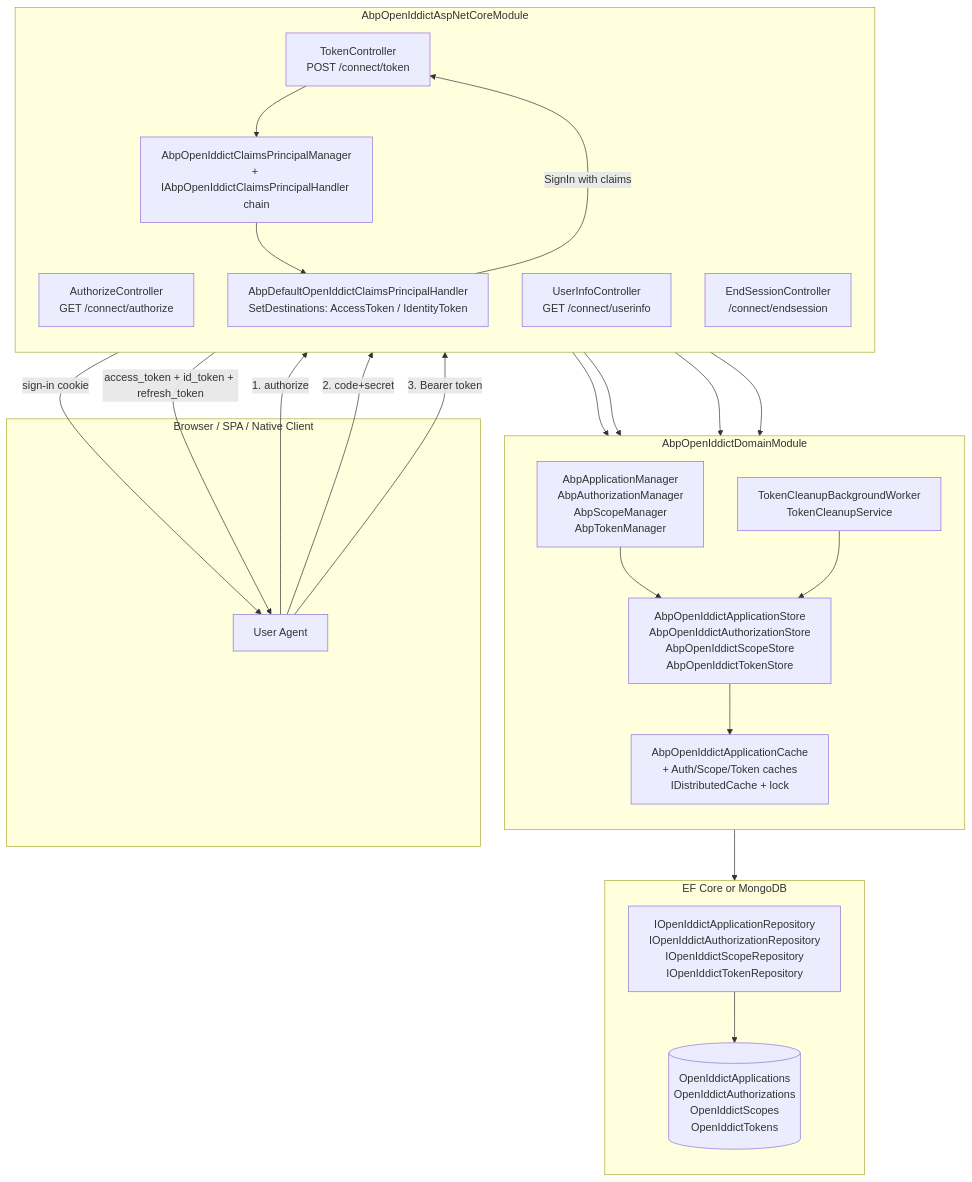
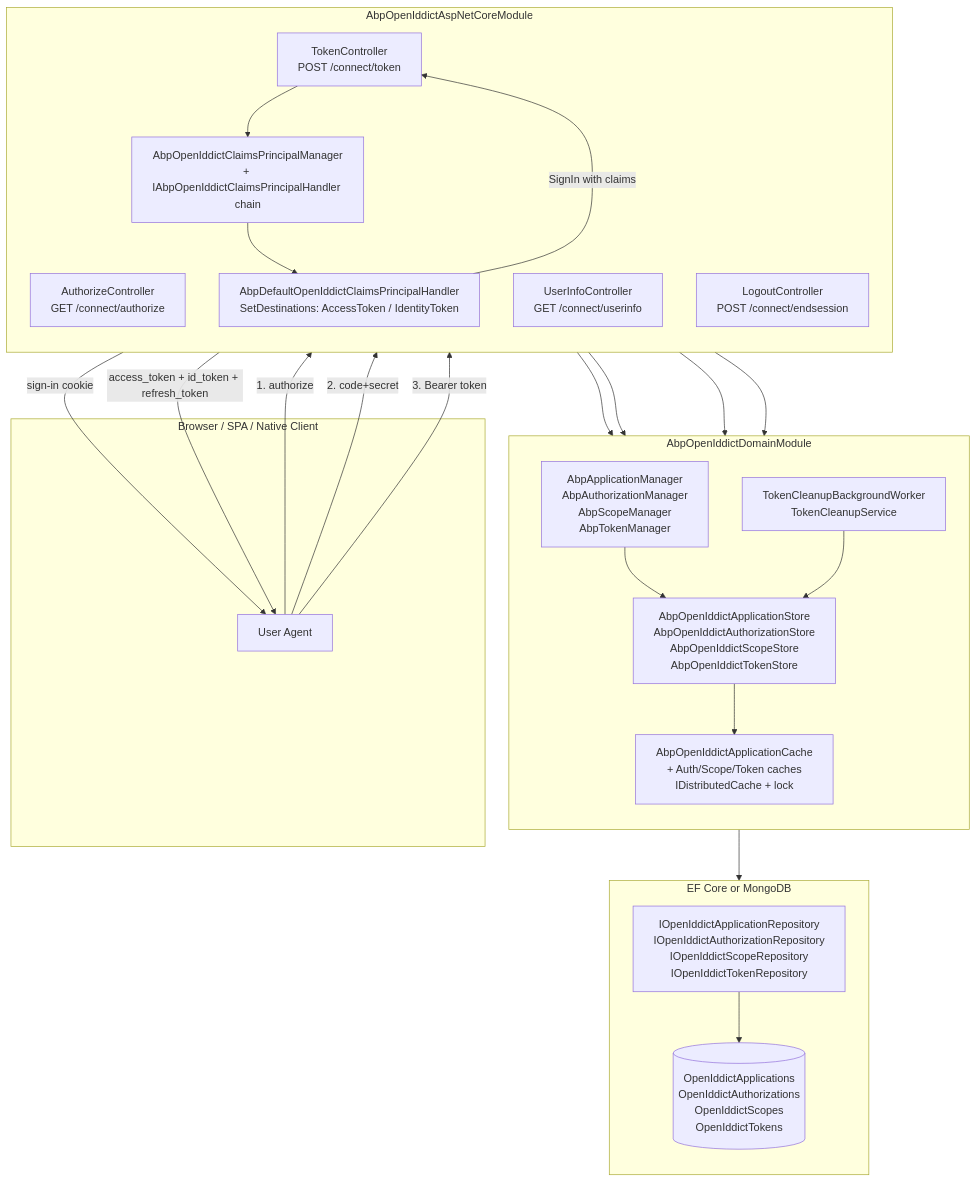
One commit to mintlify-atlas/docs-wiki-0eeeba91 changed the diagram in modules/openiddict/overview.mdx. Above: the diagram before and after it, drawn with Mermaid. The commit also changed other lines of this file and 89 other files, not shown here.

````diff
--- a/modules/openiddict/overview.mdx
+++ b/modules/openiddict/overview.mdx
@@ -31,49 +31,49 @@
 ```mermaid
 flowchart TB
     subgraph Client["Browser / SPA / Native Client"]
         UA[User Agent]
     end
 
     subgraph AspNet["AbpOpenIddictAspNetCoreModule"]
         direction TB
         AUTH[AuthorizeController<br/>GET /connect/authorize]
         TOK[TokenController<br/>POST /connect/token]
         UI[UserInfoController<br/>GET /connect/userinfo]
-        END[EndSessionController<br/>/connect/endsession]
+        ENDS[LogoutController<br/>POST /connect/endsession]
         CP[AbpOpenIddictClaimsPrincipalManager<br/>+ IAbpOpenIddictClaimsPrincipalHandler chain]
         DEST[AbpDefaultOpenIddictClaimsPrincipalHandler<br/>SetDestinations: AccessToken / IdentityToken]
     end
 
     subgraph Domain["AbpOpenIddictDomainModule"]
         direction TB
         MGR[AbpApplicationManager<br/>AbpAuthorizationManager<br/>AbpScopeManager<br/>AbpTokenManager]
         STO[AbpOpenIddictApplicationStore<br/>AbpOpenIddictAuthorizationStore<br/>AbpOpenIddictScopeStore<br/>AbpOpenIddictTokenStore]
         CACHE[AbpOpenIddictApplicationCache<br/>+ Auth/Scope/Token caches<br/>IDistributedCache + lock]
         BG[TokenCleanupBackgroundWorker<br/>TokenCleanupService]
     end
 
     subgraph Persist["EF Core or MongoDB"]
         direction TB
         REPO[IOpenIddictApplicationRepository<br/>IOpenIddictAuthorizationRepository<br/>IOpenIddictScopeRepository<br/>IOpenIddictTokenRepository]
         DB[(OpenIddictApplications<br/>OpenIddictAuthorizations<br/>OpenIddictScopes<br/>OpenIddictTokens)]
     end
 
     UA -->|1. authorize| AUTH
     AUTH -->|sign‑in cookie| UA
     UA -->|2. code+secret| TOK
     TOK --> CP
     CP --> DEST
     DEST -->|SignIn with claims| TOK
     TOK -->|access_token + id_token + refresh_token| UA
     UA -->|3. Bearer token| UI
 
     AUTH --> MGR
     TOK --> MGR
     UI --> MGR
-    END --> MGR
+    ENDS --> MGR
     MGR --> STO
     STO --> CACHE
     STO --> REPO
     REPO --> DB
     BG --> STO
 ```
````
